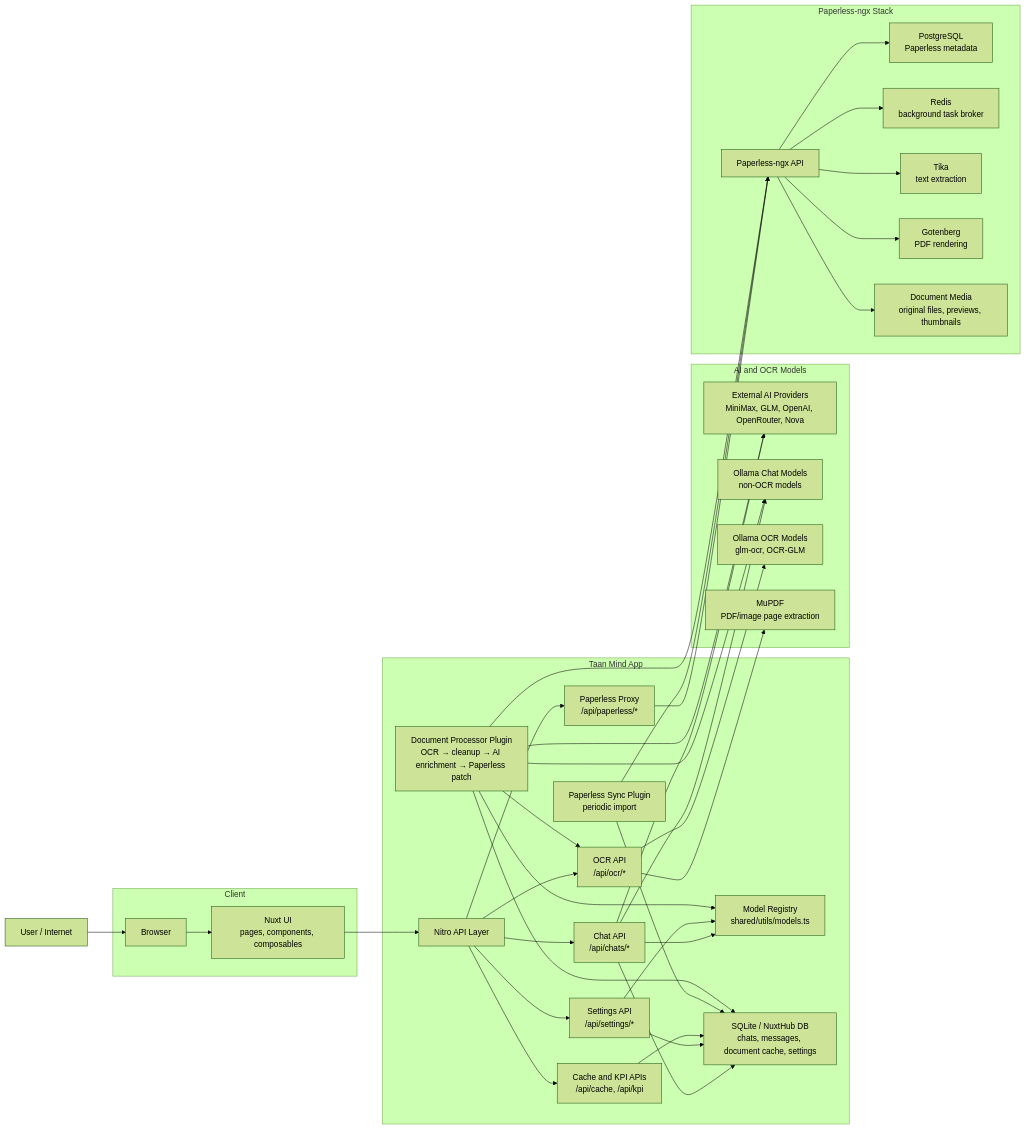
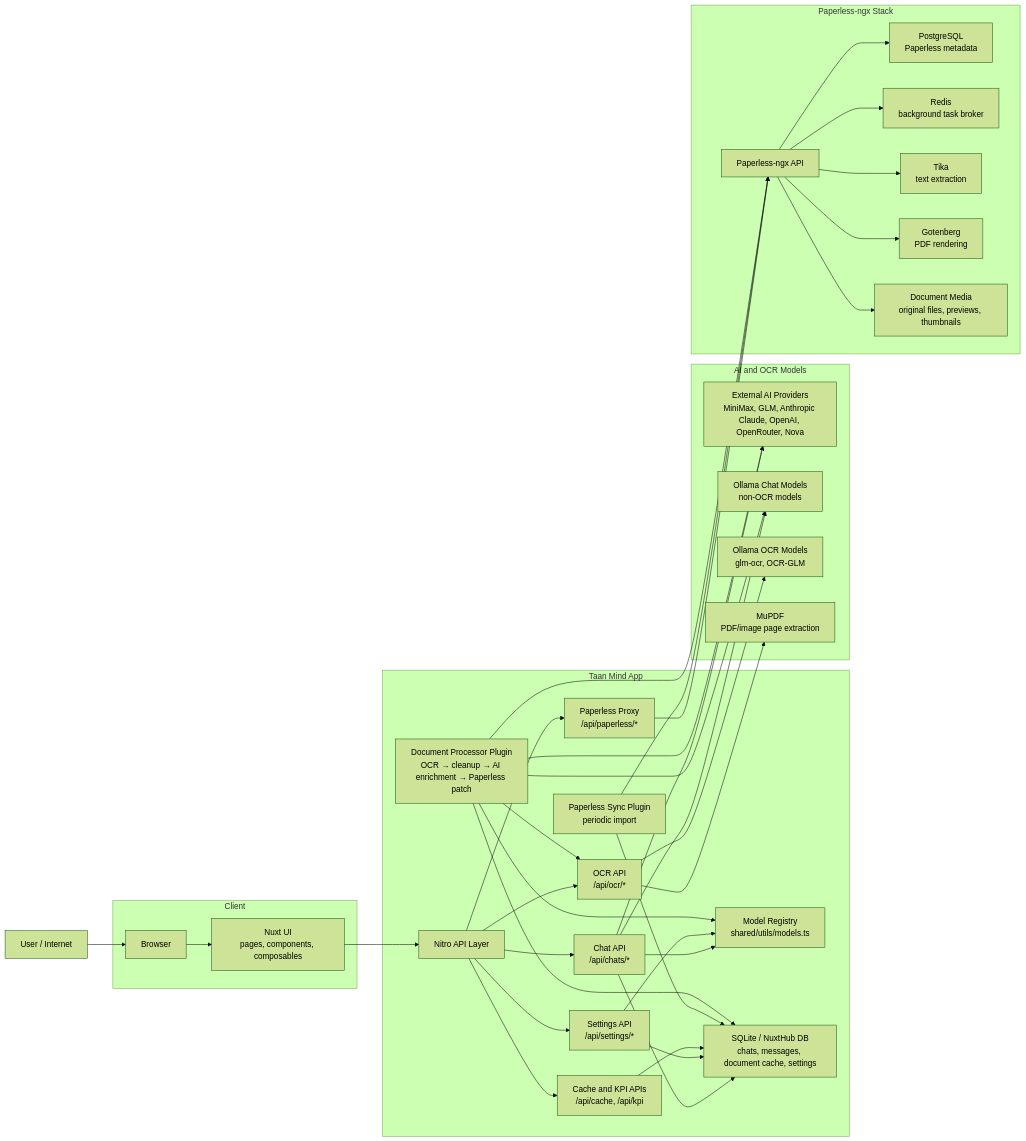
One commit to zademy/taan-mind changed the diagram in README.md. Above: the diagram before and after it, drawn with Mermaid (forest theme). The commit also changed other lines of this file and 23 other files, not shown here.

First line of the commit message:
feat: add Anthropic Claude models and improve backup system

````diff
--- a/README.md
+++ b/README.md
@@ -66,76 +66,76 @@
 ```mermaid
 flowchart LR
   internet["User / Internet"]
 
   subgraph client["Client"]
     browser["Browser"]
     nuxtApp["Nuxt UI\npages, components, composables"]
   end
 
   subgraph app["Taan Mind App"]
     api["Nitro API Layer"]
     chatApi["Chat API\n/api/chats/*"]
     paperlessProxy["Paperless Proxy\n/api/paperless/*"]
     cacheApi["Cache and KPI APIs\n/api/cache, /api/kpi"]
     ocrApi["OCR API\n/api/ocr/*"]
     settingsApi["Settings API\n/api/settings/*"]
     modelRegistry["Model Registry\nshared/utils/models.ts"]
     syncWorker["Paperless Sync Plugin\nperiodic import"]
     processor["Document Processor Plugin\nOCR → cleanup → AI enrichment → Paperless patch"]
     appDb["SQLite / NuxtHub DB\nchats, messages, document cache, settings"]
   end
 
   subgraph ai["AI and OCR Models"]
-    externalModels["External AI Providers\nMiniMax, GLM, OpenAI, OpenRouter, Nova"]
+    externalModels["External AI Providers\nMiniMax, GLM, Anthropic Claude, OpenAI, OpenRouter, Nova"]
     ollamaChat["Ollama Chat Models\nnon-OCR models"]
     ollamaOcr["Ollama OCR Models\nglm-ocr, OCR-GLM"]
     mupdf["MuPDF\nPDF/image page extraction"]
   end
 
   subgraph paperless["Paperless-ngx Stack"]
     paperlessApi["Paperless-ngx API"]
     paperlessDb["PostgreSQL\nPaperless metadata"]
     redis["Redis\nbackground task broker"]
     tika["Tika\ntext extraction"]
     gotenberg["Gotenberg\nPDF rendering"]
     media["Document Media\noriginal files, previews, thumbnails"]
   end
 
   internet --> browser --> nuxtApp --> api
 
   api --> chatApi
   api --> paperlessProxy
   api --> cacheApi
   api --> ocrApi
   api --> settingsApi
 
   chatApi --> modelRegistry
   chatApi --> externalModels
   chatApi --> ollamaChat
   chatApi --> appDb
 
   settingsApi --> modelRegistry
   settingsApi --> appDb
 
   cacheApi --> appDb
   paperlessProxy --> paperlessApi
 
   ocrApi --> mupdf
   ocrApi --> ollamaOcr
 
   syncWorker --> paperlessApi
   syncWorker --> appDb
 
   processor --> appDb
   processor --> ocrApi
   processor --> modelRegistry
   processor --> externalModels
   processor --> ollamaChat
   processor --> paperlessApi
 
   paperlessApi --> paperlessDb
   paperlessApi --> redis
   paperlessApi --> tika
   paperlessApi --> gotenberg
   paperlessApi --> media
 ```
````
